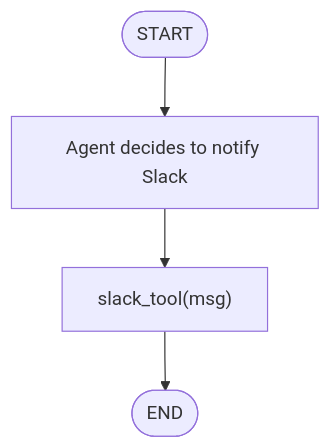
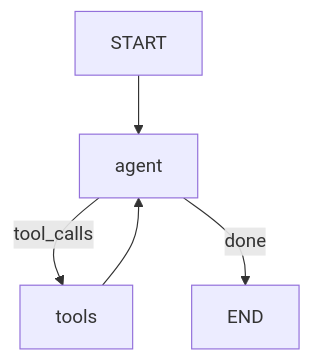
One commit to xergioalex/agent-lab changed the diagram in src/05_tools/README.md. Above: the diagram before and after it, drawn with Mermaid. The commit also changed other lines of this file and 29 other files, not shown here.

First line of the commit message:
feat(on-ramp): rewrite modules 01-10 as advanced graph exercises

````diff
--- a/src/05_tools/README.md
+++ b/src/05_tools/README.md
@@ -46,6 +19,7 @@
 ```mermaid
 flowchart TD
-    START([START]) --> agent["Agent decides to notify Slack"]
-    agent --> slack_tool["slack_tool(msg)"]
-    slack_tool --> END([END])
+    START --> agent
+    agent -->|tool_calls| tools
+    tools --> agent
+    agent -->|done| END
 ```
````
